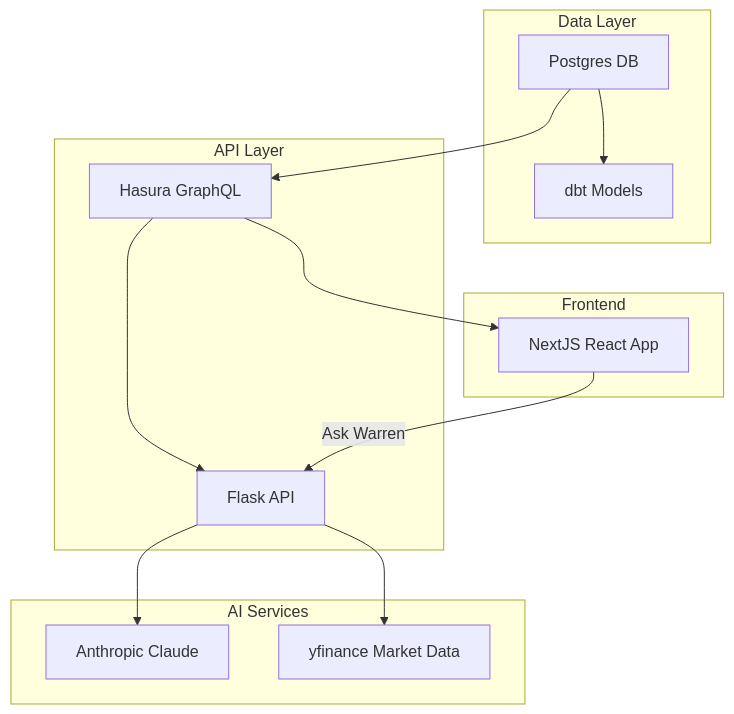
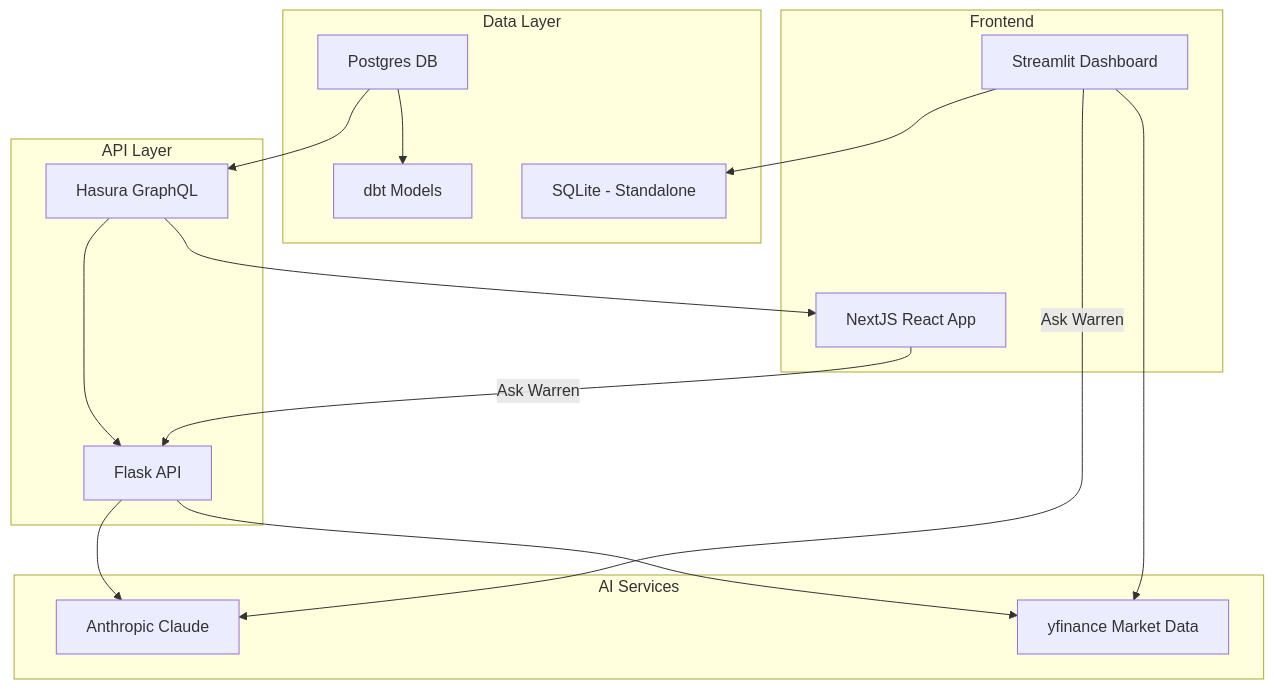
The diagram in README.md (mhdk1602/python_training), drawn with Mermaid before and after one commit. The commit also changed other lines of this file and 1 other file, not shown here.

First line of the commit message:
Update README and research entity with Streamlit dashboard track

````diff
--- a/README.md
+++ b/README.md
@@ -81,29 +93,34 @@
 ```mermaid
 graph TB
     subgraph dataLayer [Data Layer]
         PG[Postgres DB]
         DBT[dbt Models]
+        SQLITE[SQLite - Standalone]
     end
 
     subgraph apiLayer [API Layer]
         HASURA[Hasura GraphQL]
         FLASK[Flask API]
     end
 
     subgraph frontendLayer [Frontend]
         NEXT[NextJS React App]
+        STREAMLIT[Streamlit Dashboard]
     end
 
     subgraph aiLayer [AI Services]
         CLAUDE[Anthropic Claude]
         YFIN[yfinance Market Data]
     end
 
     PG --> HASURA
     PG --> DBT
     HASURA --> NEXT
     HASURA --> FLASK
     FLASK --> CLAUDE
     FLASK --> YFIN
     NEXT -->|Ask Warren| FLASK
+    STREAMLIT --> SQLITE
+    STREAMLIT --> YFIN
+    STREAMLIT -->|Ask Warren| CLAUDE
 ```
````
